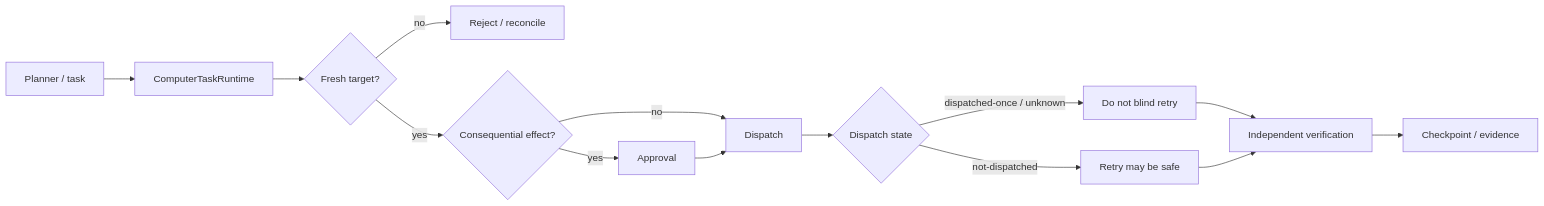
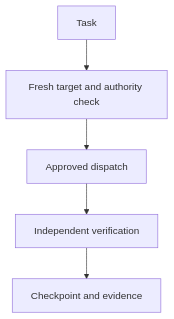
The diagram in README.md (OssaBellator/computer-use), drawn with Mermaid before and after one commit.

Commit message:
Simplify README architecture diagram for readability

````diff
--- a/README.md
+++ b/README.md
@@ -21,16 +21,10 @@
 ```mermaid
-flowchart LR
-    A[Planner / task] --> B[ComputerTaskRuntime]
-    B --> C{Fresh target?}
-    C -- no --> X[Reject / reconcile]
-    C -- yes --> D{Consequential effect?}
-    D -- yes --> E[Approval]
-    D -- no --> F[Dispatch]
-    E --> F
-    F --> G{Dispatch state}
-    G -->|not-dispatched| H[Retry may be safe]
-    G -->|dispatched-once / unknown| I[Do not blind retry]
-    I --> J[Independent verification]
-    H --> J
-    J --> K[Checkpoint / evidence]
+flowchart TD
+    A[Task]
+    B[Fresh target and authority check]
+    C[Approved dispatch]
+    D[Independent verification]
+    E[Checkpoint and evidence]
+
+    A --> B --> C --> D --> E
 ```
````
